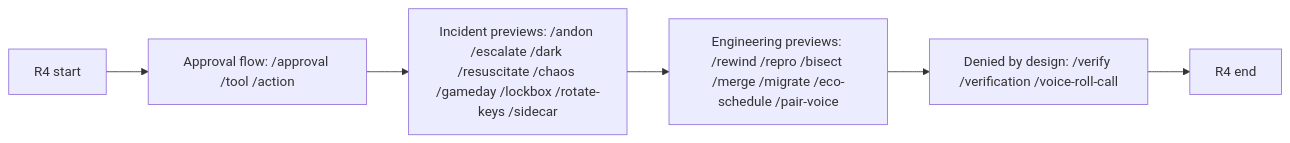
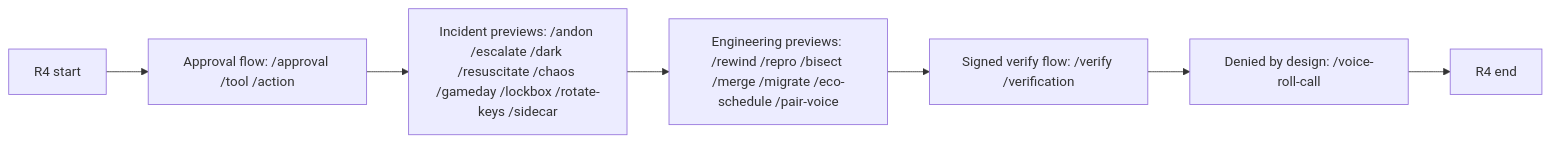
Before and after one commit to Anaik7799/uos: the fourth of 6 diagrams in docs/design/20261026-0215-telegram-journey-critical-responder.md, drawn with Mermaid. The commit also changed other lines of this file and 32 other files, not shown here.

````diff
--- a/docs/design/20261026-0215-telegram-journey-critical-responder.md
+++ b/docs/design/20261026-0215-telegram-journey-critical-responder.md
@@ -242,8 +243,9 @@
 ```mermaid
 flowchart LR
   N0["R4 start"] --> N1["Approval flow: /approval /tool /action"]
   N1["Approval flow: /approval /tool /action"] --> N2["Incident previews: /andon /escalate /dark /resuscitate /chaos /gameday /lockbox /rotate-keys /sidecar"]
   N2["Incident previews: /andon /escalate /dark /resuscitate /chaos /gameday /lockbox /rotate-keys /sidecar"] --> N3["Engineering previews: /rewind /repro /bisect /merge /migrate /eco-schedule /pair-voice"]
-  N3["Engineering previews: /rewind /repro /bisect /merge /migrate /eco-schedule /pair-voice"] --> N4["Denied by design: /verify /verification /voice-roll-call"]
-  N4["Denied by design: /verify /verification /voice-roll-call"] --> N5["R4 end"]
+  N3["Engineering previews: /rewind /repro /bisect /merge /migrate /eco-schedule /pair-voice"] --> N6["Signed verify flow: /verify /verification"]
+  N6["Signed verify flow: /verify /verification"] --> N4["Denied by design: /voice-roll-call"]
+  N4["Denied by design: /voice-roll-call"] --> N5["R4 end"]
 ```
````
